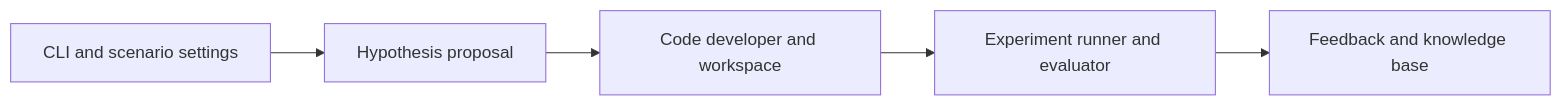
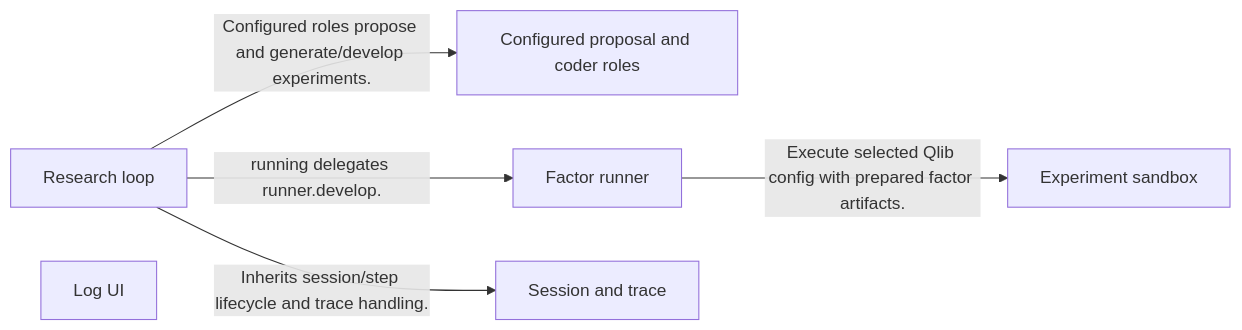
Before and after one commit to alexcwyu/RD-Agent: the first of 4 diagrams in docs/ayu-develop.md, drawn with Mermaid. The commit also changed other lines of this file and 7 other files, not shown here.

Commit message:
docs: standardize source-reviewed system guides and offline diagrams

````diff
--- a/docs/ayu-develop.md
+++ b/docs/ayu-develop.md
@@ -19,9 +68,13 @@
 ```mermaid
 flowchart LR
-    C0["CLI and scenario settings"]
-    C1["Hypothesis proposal"]
-    C2["Code developer and workspace"]
-    C3["Experiment runner and evaluator"]
-    C4["Feedback and knowledge base"]
-    C0 --> C1 --> C2 --> C3 --> C4
+  N0["Research loop"]
+  N1["Configured proposal and coder roles"]
+  N2["Factor runner"]
+  N3["Experiment sandbox"]
+  N4["Session and trace"]
+  N5["Log UI"]
+  N0 -->|"Configured roles propose and generate/develop experiments."| N1
+  N0 -->|"running delegates runner.develop."| N2
+  N2 -->|"Execute selected Qlib config with prepared factor artifacts."| N3
+  N0 -->|"Inherits session/step lifecycle and trace handling."| N4
 ```
````
